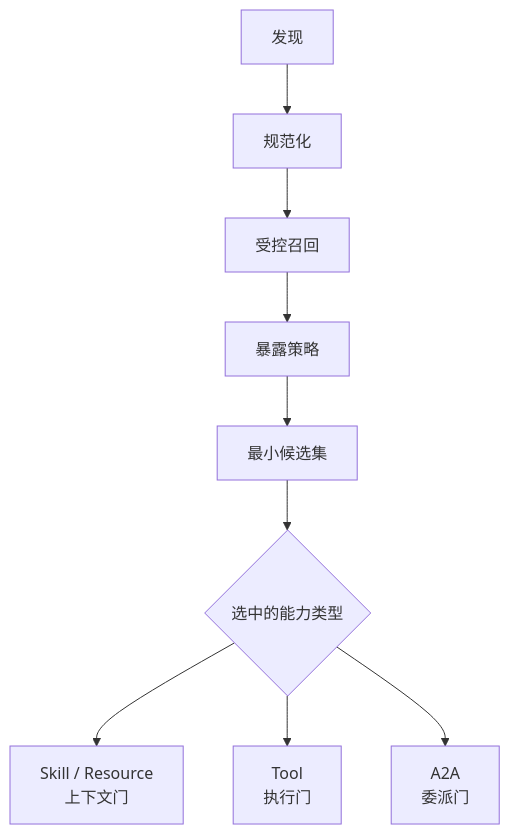
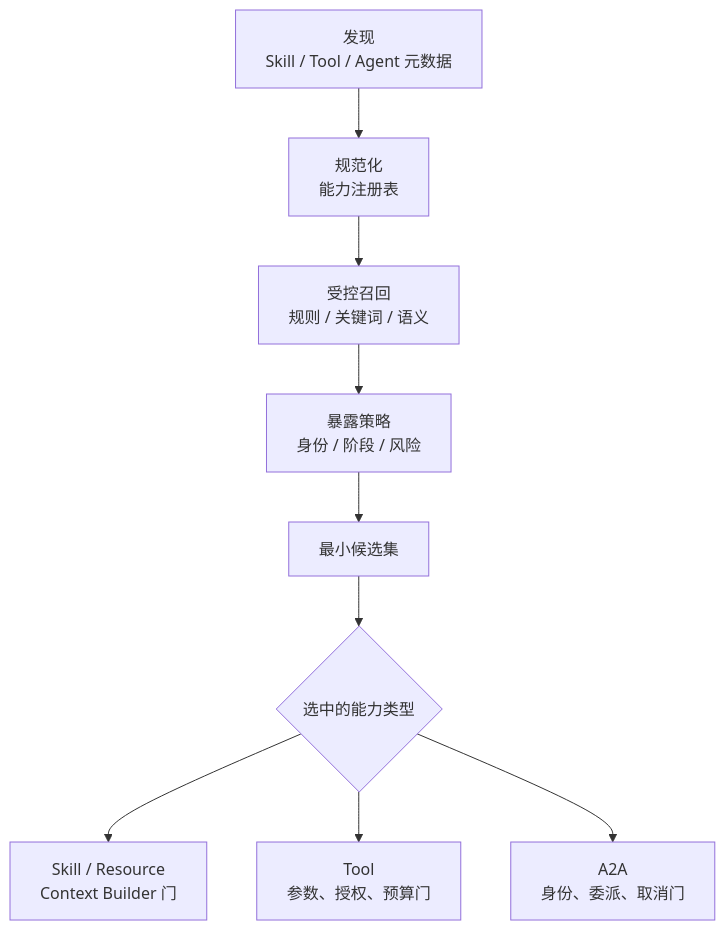
Before and after one commit to FoLaJJ/agent-systems-notes: the first of 2 diagrams in docs/08-capability-discovery-routing.md, drawn with Mermaid. The commit also changed 13 other files, not shown here.

Commit message:
Refine Mermaid diagram layouts

````diff
--- a/docs/08-capability-discovery-routing.md
+++ b/docs/08-capability-discovery-routing.md
@@ -42,11 +42,11 @@
 ```mermaid
 flowchart TB
-    D["发现"] --> N["规范化"]
-    N --> R["受控召回"]
-    R --> E["暴露策略"]
+    D["发现<br/>Skill / Tool / Agent 元数据"] --> N["规范化<br/>能力注册表"]
+    N --> R["受控召回<br/>规则 / 关键词 / 语义"]
+    R --> E["暴露策略<br/>身份 / 阶段 / 风险"]
     E --> P["最小候选集"]
     P --> K{"选中的能力类型"}
-    K --> C["Skill / Resource<br/>上下文门"]
-    K --> V["Tool<br/>执行门"]
-    K --> A["A2A<br/>委派门"]
+    K --> C["Skill / Resource<br/>Context Builder 门"]
+    K --> V["Tool<br/>参数、授权、预算门"]
+    K --> A["A2A<br/>身份、委派、取消门"]
 ```
````
